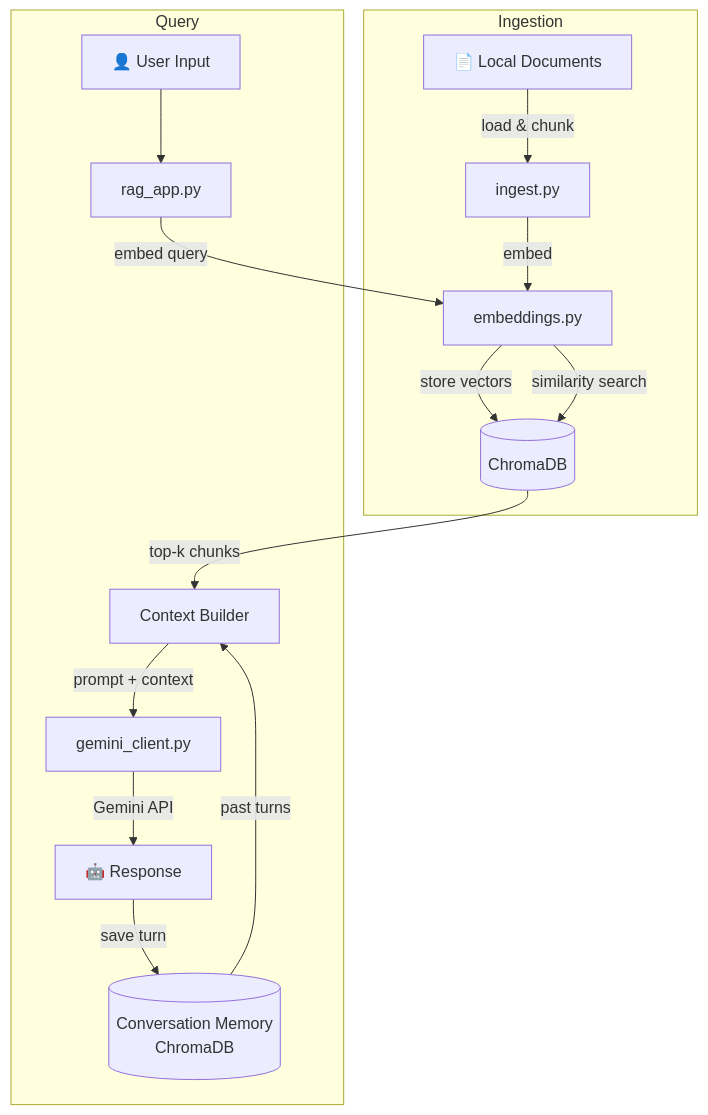
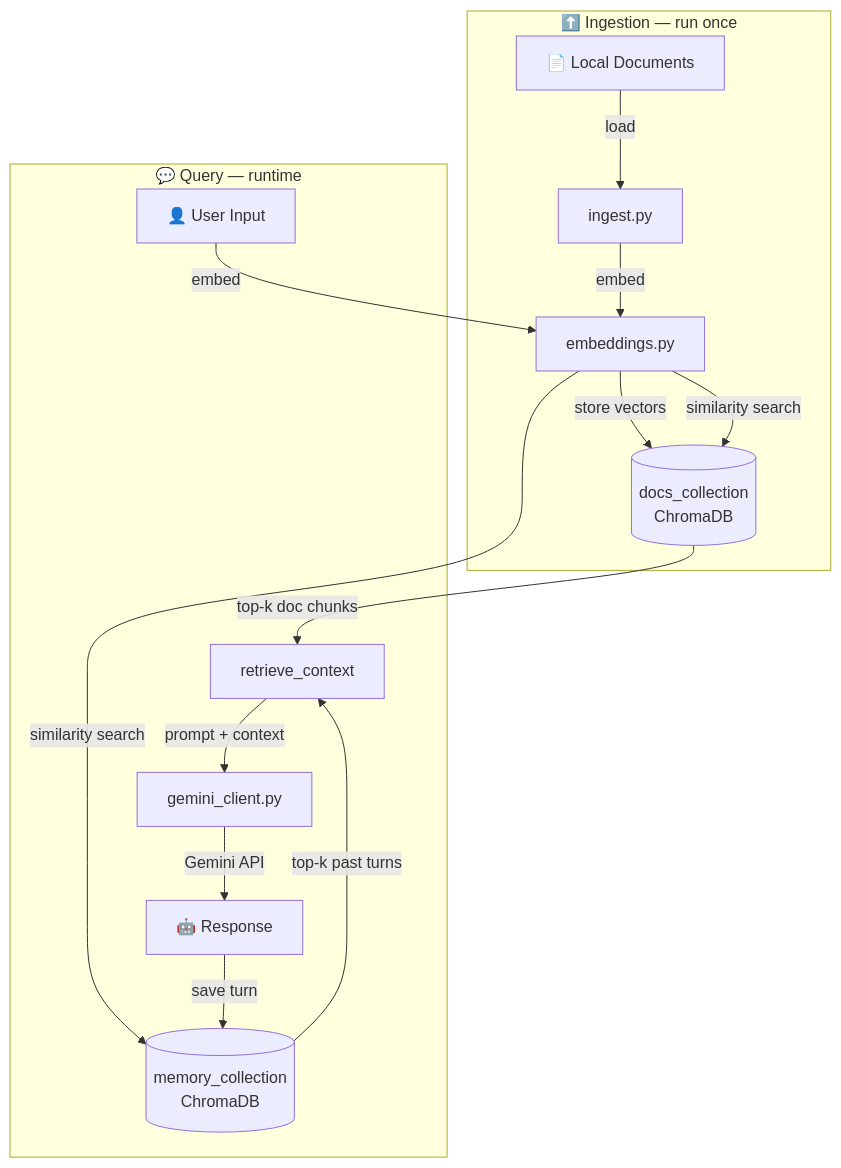
The diagram in README.md (mariaDuarte98/rag-personal-assistant), drawn with Mermaid before and after one commit.

Commit message:
docs: update architecture diagram to reflect two collections

````diff
--- a/README.md
+++ b/README.md
@@ -26,19 +26,19 @@
 ```mermaid
 flowchart TD
-    subgraph Ingestion
-        A[📄 Local Documents] -->|load & chunk| B[ingest.py]
+    subgraph Ingestion["⬆️ Ingestion — run once"]
+        A[📄 Local Documents] -->|load| B[ingest.py]
         B -->|embed| C[embeddings.py]
-        C -->|store vectors| D[(ChromaDB)]
+        C -->|store vectors| D[(docs_collection\nChromaDB)]
     end
 
-    subgraph Query
-        E[👤 User Input] --> F[rag_app.py]
-        F -->|embed query| C
+    subgraph Query["💬 Query — runtime"]
+        E[👤 User Input] -->|embed| C
         C -->|similarity search| D
-        D -->|top-k chunks| G[Context Builder]
-        H[(Conversation Memory\nChromaDB)] -->|past turns| G
-        G -->|prompt + context| I[gemini_client.py]
+        C -->|similarity search| G[(memory_collection\nChromaDB)]
+        D -->|top-k doc chunks| H[retrieve_context]
+        G -->|top-k past turns| H
+        H -->|prompt + context| I[gemini_client.py]
         I -->|Gemini API| J[🤖 Response]
-        J -->|save turn| H
+        J -->|save turn| G
     end
 ```
````
